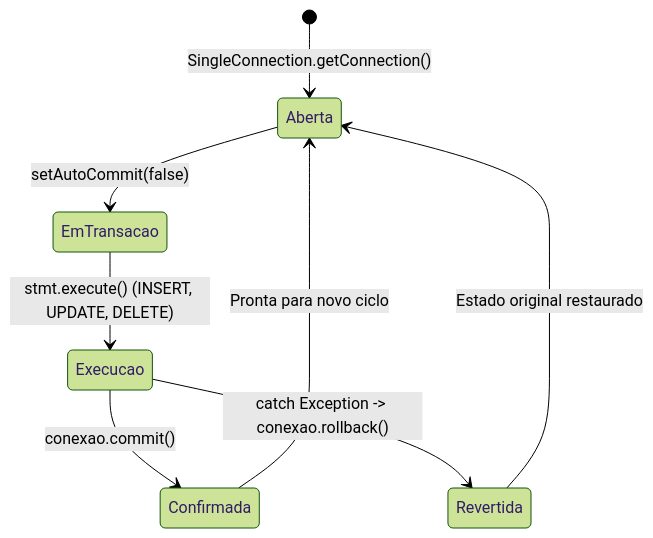
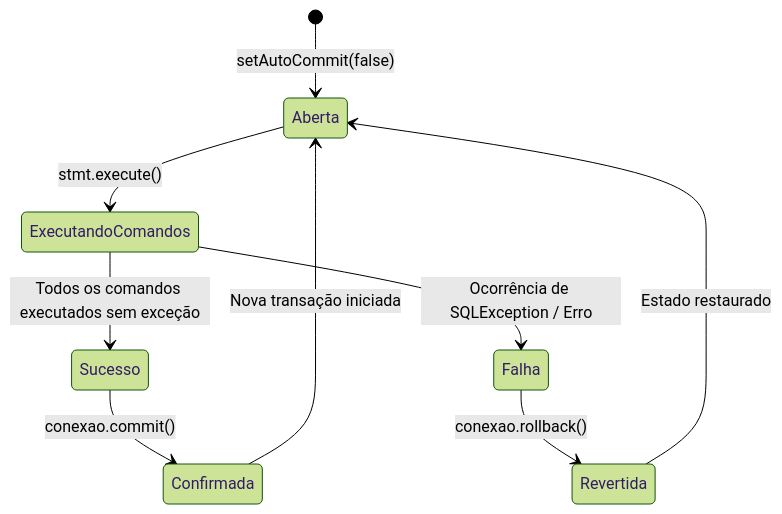
One commit to murilolol/unifef changed the ninth of 19 diagrams in 3º Semestre/[Prof. Jefferson Passerini] Laboratório de Programação III/Resumos-IA/Caderno-Consolidado.md. Above: the diagram before and after it, drawn with Mermaid (forest theme). The commit also changed other lines of this file and 25 other files, not shown here.

````diff
--- a/3º Semestre/[Prof. Jefferson Passerini] Laboratório de Programação III/Resumos-IA/Caderno-Consolidado.md
+++ b/3º Semestre/[Prof. Jefferson Passerini] Laboratório de Programação III/Resumos-IA/Caderno-Consolidado.md
@@ -938,10 +601,11 @@
 ```mermaid
 stateDiagram-v2
-    [*] --> Aberta : SingleConnection.getConnection()
-    Aberta --> EmTransacao : setAutoCommit(false)
-    EmTransacao --> Execucao : stmt.execute() (INSERT, UPDATE, DELETE)
-    Execucao --> Confirmada : conexao.commit()
-    Confirmada --> Aberta : Pronta para novo ciclo
-    Execucao --> Revertida : catch Exception -> conexao.rollback()
-    Revertida --> Aberta : Estado original restaurado
+    [*] --> Aberta : setAutoCommit(false)
+    Aberta --> ExecutandoComandos : stmt.execute()
+    ExecutandoComandos --> Sucesso : Todos os comandos executados sem exceção
+    ExecutandoComandos --> Falha : Ocorrência de SQLException / Erro
+    Sucesso --> Confirmada : conexao.commit()
+    Falha --> Revertida : conexao.rollback()
+    Confirmada --> Aberta : Nova transação iniciada
+    Revertida --> Aberta : Estado restaurado
 ```
````
